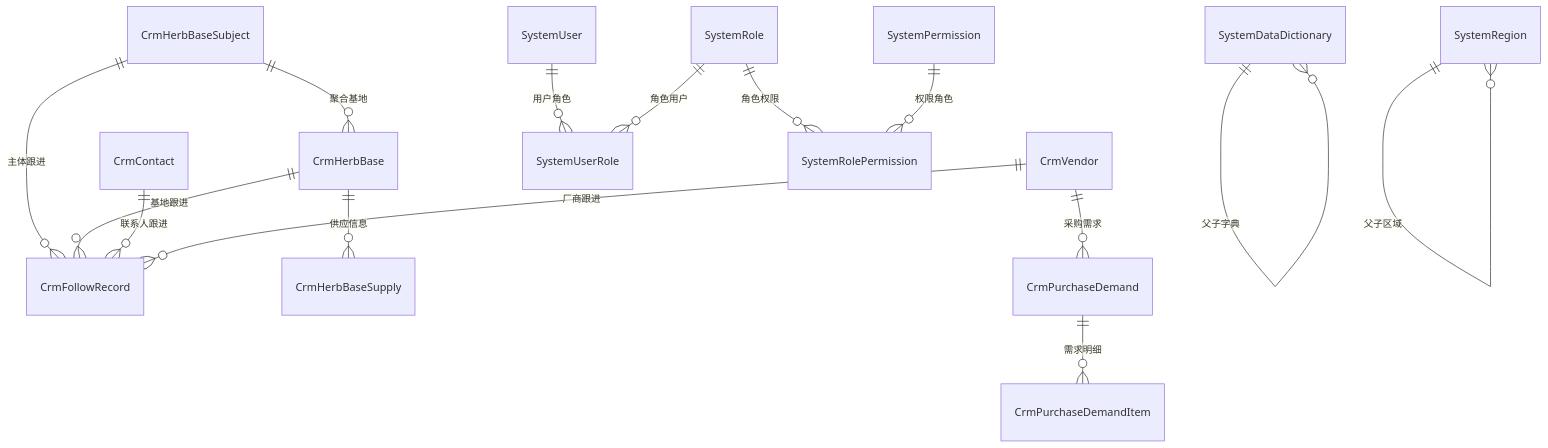
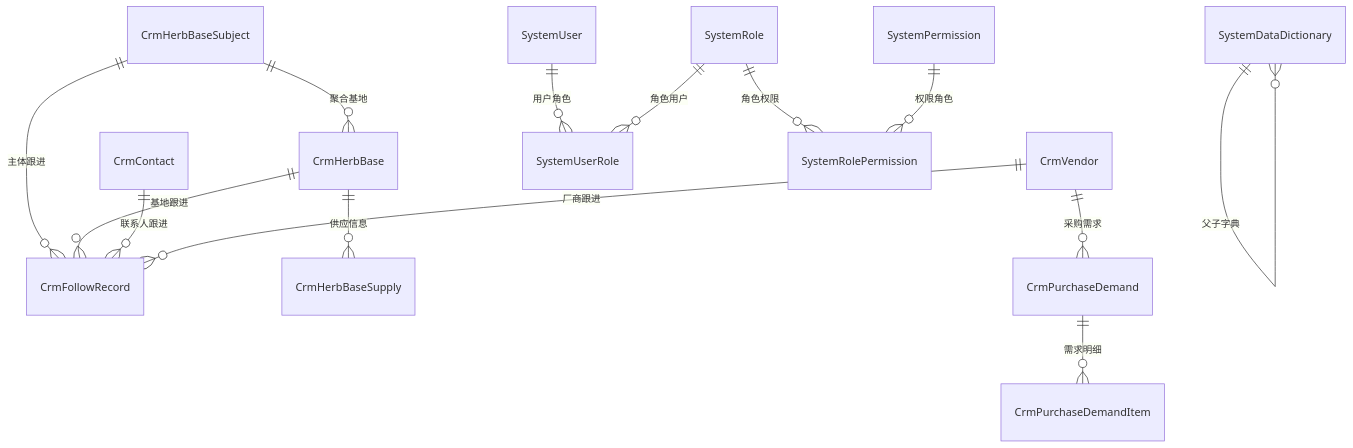
Before and after one commit to gouyanfeng/qps: the diagram in docs/domain/实体说明.md, drawn with Mermaid. The commit also changed other lines of this file and 24 other files, not shown here.

````diff
--- a/docs/domain/实体说明.md
+++ b/docs/domain/实体说明.md
@@ -418,18 +406,17 @@
 ```mermaid
 erDiagram
     CrmHerbBaseSubject ||--o{ CrmHerbBase : "聚合基地"
     CrmHerbBaseSubject ||--o{ CrmFollowRecord : "主体跟进"
     CrmHerbBase ||--o{ CrmHerbBaseSupply : "供应信息"
     CrmHerbBase ||--o{ CrmFollowRecord : "基地跟进"
     CrmContact ||--o{ CrmFollowRecord : "联系人跟进"
     CrmVendor ||--o{ CrmPurchaseDemand : "采购需求"
     CrmPurchaseDemand ||--o{ CrmPurchaseDemandItem : "需求明细"
     CrmVendor ||--o{ CrmFollowRecord : "厂商跟进"
 
     SystemUser ||--o{ SystemUserRole : "用户角色"
     SystemRole ||--o{ SystemUserRole : "角色用户"
     SystemRole ||--o{ SystemRolePermission : "角色权限"
     SystemPermission ||--o{ SystemRolePermission : "权限角色"
     SystemDataDictionary ||--o{ SystemDataDictionary : "父子字典"
-    SystemRegion ||--o{ SystemRegion : "父子区域"
 ```
````
